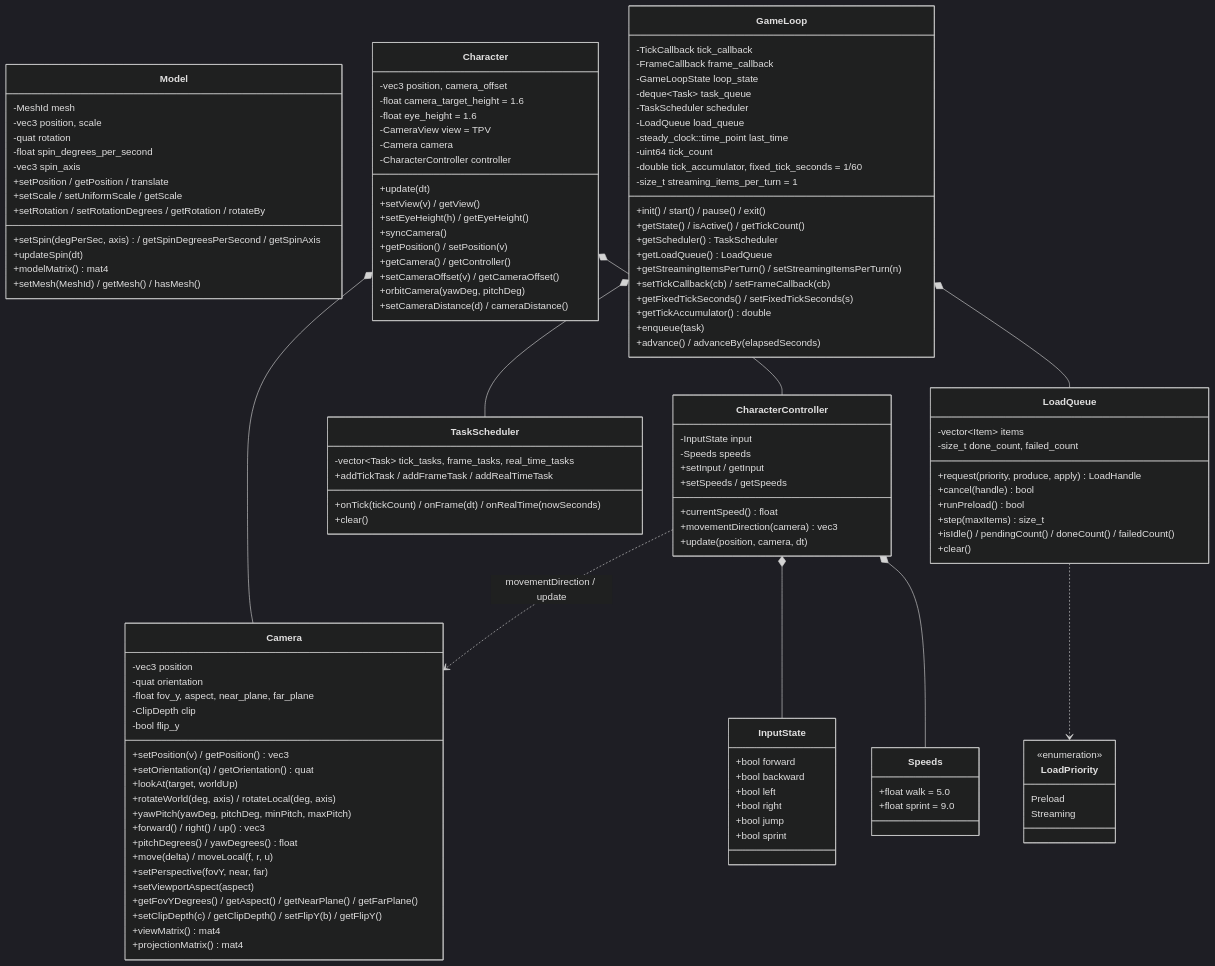
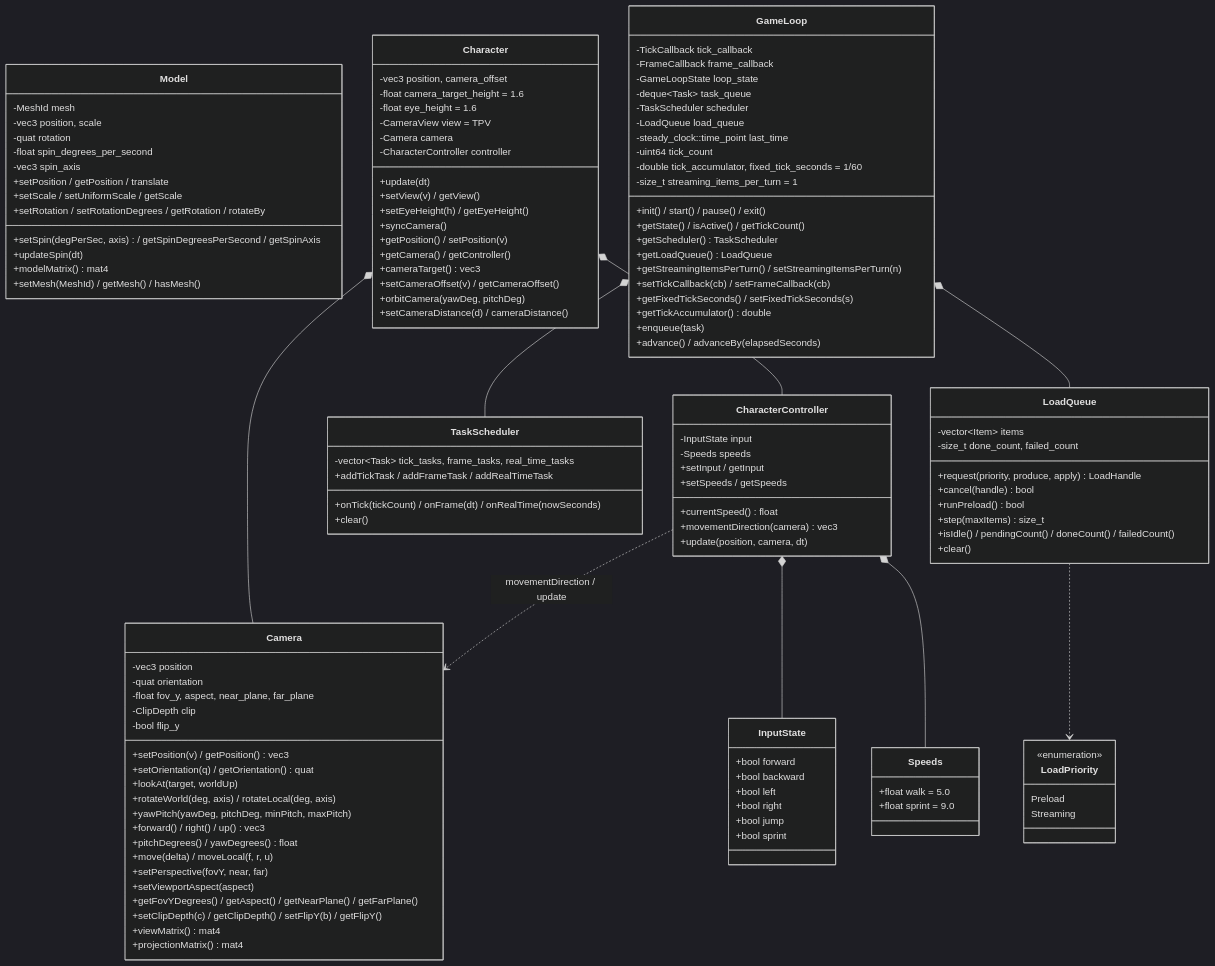
Diagram 12 of 14 in ARCHITECTURE.md (Setvia/stv3d-lab), drawn with Mermaid (dark theme) before and after one commit. The commit also changed other lines of this file and 5 other files, not shown here.

```diff
--- a/ARCHITECTURE.md
+++ b/ARCHITECTURE.md
@@ -625,6 +612,7 @@
         +syncCamera()
         +getPosition() / setPosition(v)
         +getCamera() / getController()
+        +cameraTarget() vec3
         +setCameraOffset(v) / getCameraOffset()
         +orbitCamera(yawDeg, pitchDeg)
         +setCameraDistance(d) / cameraDistance()
```
